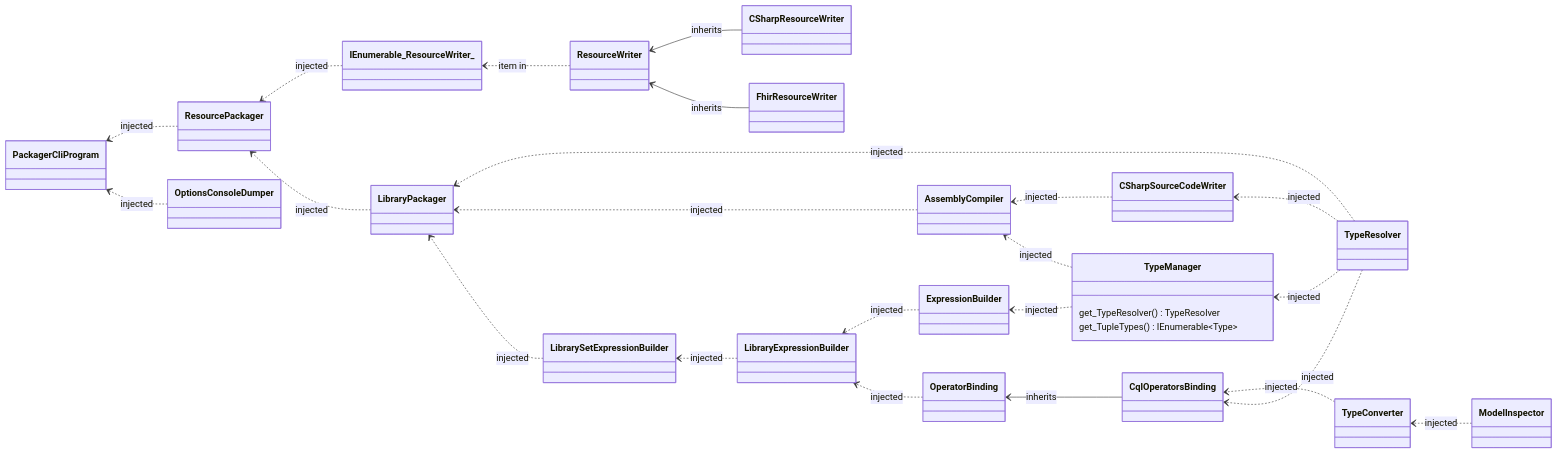
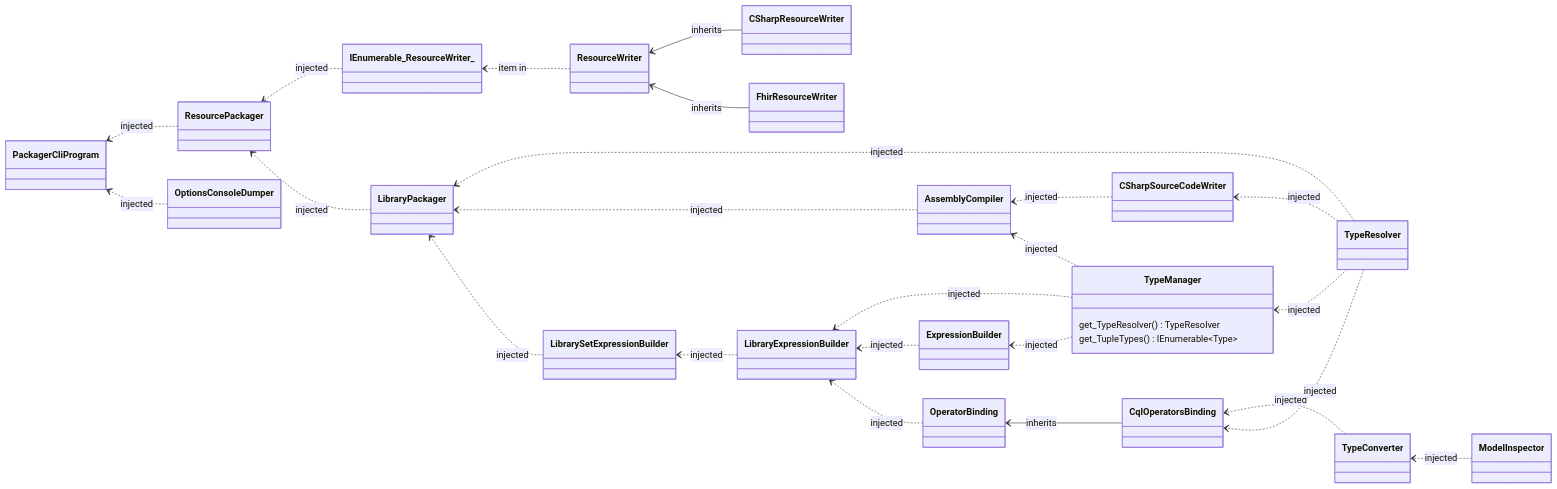
Before and after one commit to FirelyTeam/firely-cql-sdk: the diagram in docs/packager-cli-dependency-graph.md, drawn with Mermaid. The commit also changed 4 other files, not shown here.

Commit message:
Remove reference from ExpressionBuilderContext back to ExpressionBuilder. Instead the TypeFor should be called from the TypeManager, and thus a dependency exists between LibraryExpressionBuilder and TypeManager

````diff
--- a/docs/packager-cli-dependency-graph.md
+++ b/docs/packager-cli-dependency-graph.md
@@ -5,51 +5,52 @@
 ```mermaid
 classDiagram
     direction RL
 
     class TypeManager {
         get_TypeResolver() TypeResolver
         get_TupleTypes() IEnumerable~Type~
     }
 
     %% HACK: Mermaid doesnt support commas withing generic, so use a similar looking character (﹐)
 
     %% Inheritance  
     CqlOperatorsBinding --> OperatorBinding : inherits
     CSharpResourceWriter --> ResourceWriter : inherits
     FhirResourceWriter --> ResourceWriter : inherits
 
     %% Injected Dependencies
     CSharpSourceCodeWriter ..> AssemblyCompiler : injected
     TypeManager ..> AssemblyCompiler : injected
 
     TypeManager ..> ExpressionBuilder : injected
 
     ResourcePackager ..> PackagerCliProgram : injected 
     OptionsConsoleDumper ..> PackagerCliProgram : injected 
     
 
     TypeConverter ..> CqlOperatorsBinding : injected         
     TypeResolver ..> CqlOperatorsBinding : injected    
 
     ModelInspector ..> TypeConverter : injected  
 
     TypeResolver ..> TypeManager : injected
 
     TypeResolver ..> LibraryPackager : injected
     AssemblyCompiler ..> LibraryPackager : injected
     LibrarySetExpressionBuilder ..> LibraryPackager : injected
     
     TypeResolver ..> CSharpSourceCodeWriter : injected
 
+    TypeManager ..> LibraryExpressionBuilder : injected
     ExpressionBuilder ..> LibraryExpressionBuilder : injected
     OperatorBinding ..> LibraryExpressionBuilder : injected
 
     LibraryExpressionBuilder ..> LibrarySetExpressionBuilder : injected
 
     %% Rest
     ResourceWriter ..> IEnumerable_ResourceWriter_ : item in
 
     %% Obsolete
     IEnumerable_ResourceWriter_ ..> ResourcePackager : injected 
     LibraryPackager ..> ResourcePackager : injected
 ```
````
